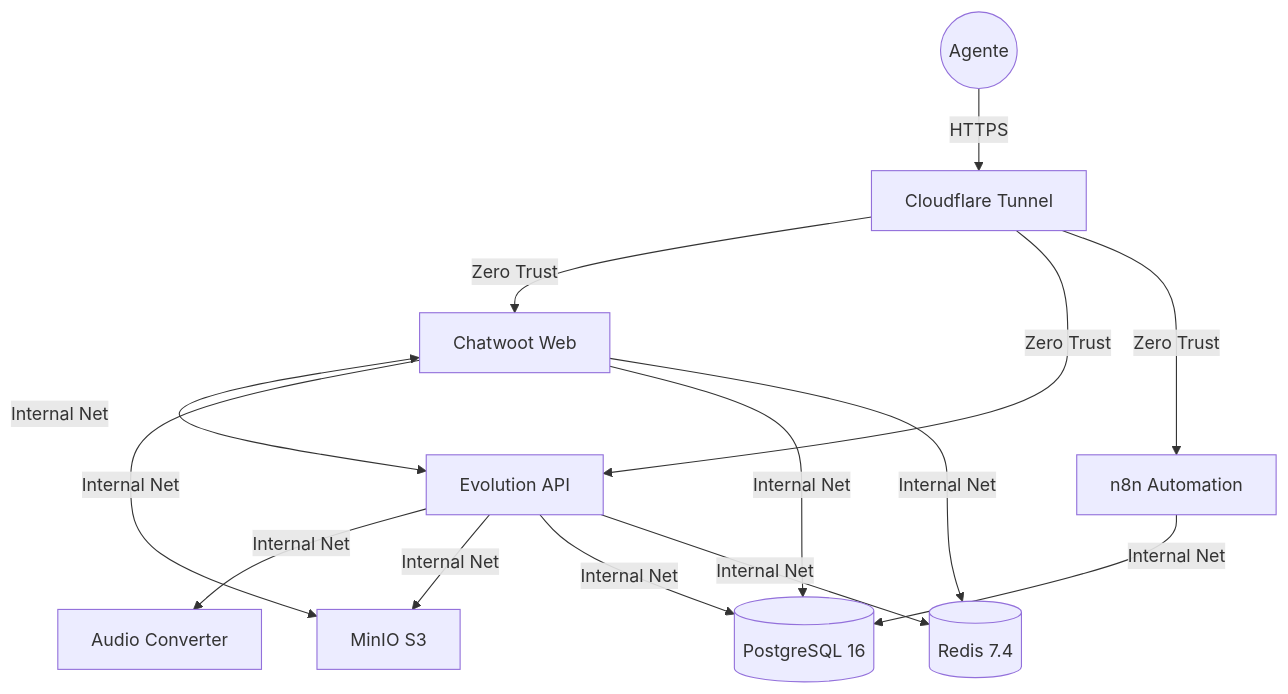
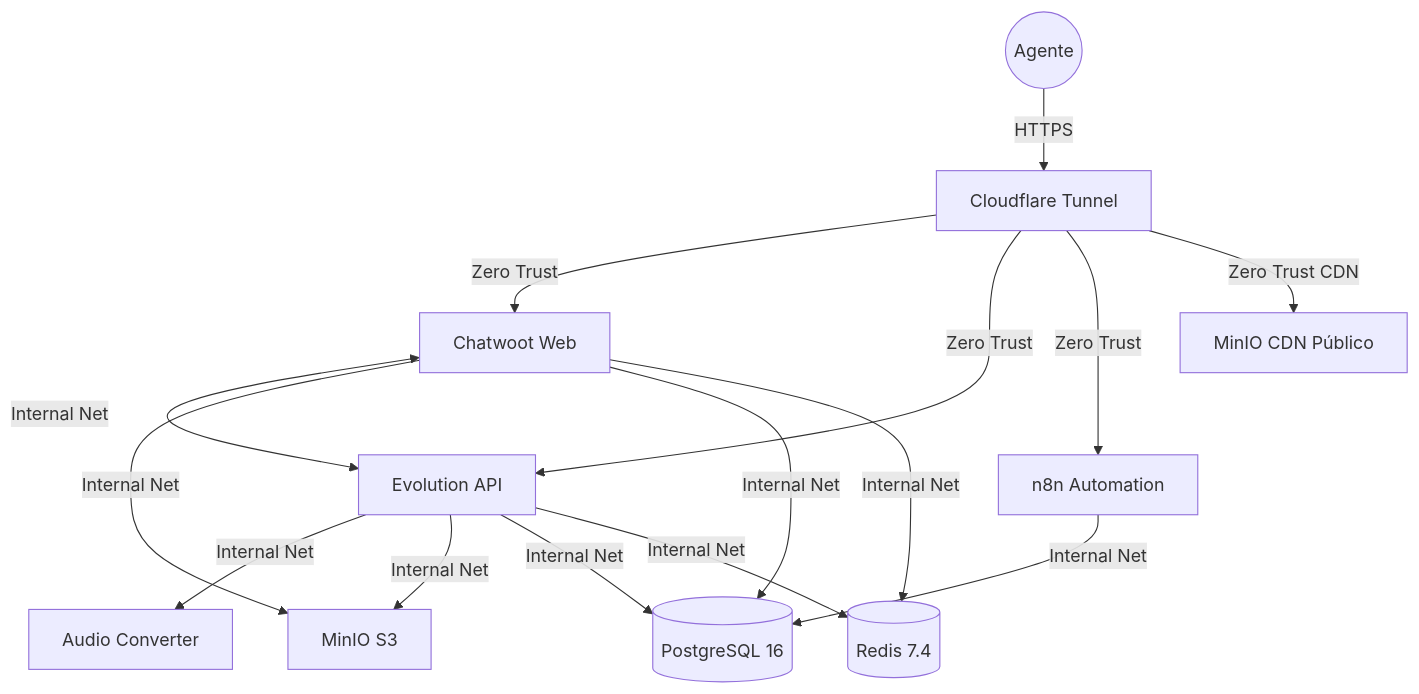
One commit to HackUN09/chatbot-stack changed the diagram in README.md. Above: the diagram before and after it, drawn with Mermaid. The commit also changed other lines of this file, not shown here.

````diff
--- a/README.md
+++ b/README.md
@@ -31,13 +36,14 @@
 ```mermaid
 graph TD
     User((Agente)) -->|HTTPS| CF[Cloudflare Tunnel]
     CF -->|Zero Trust| CW[Chatwoot Web]
     CF -->|Zero Trust| EVO[Evolution API]
     CF -->|Zero Trust| N8N[n8n Automation]
-    
+    CF -->|Zero Trust CDN| MIN_PUB[MinIO CDN Público]
+
     CW <-->|Internal Net| EVO
     EVO -->|Internal Net| AC[Audio Converter]
     CW & EVO -->|Internal Net| MIN[MinIO S3]
     CW & EVO & N8N -->|Internal Net| DB[(PostgreSQL 16)]
     CW & EVO -->|Internal Net| RD[(Redis 7.4)]
 ```
````
